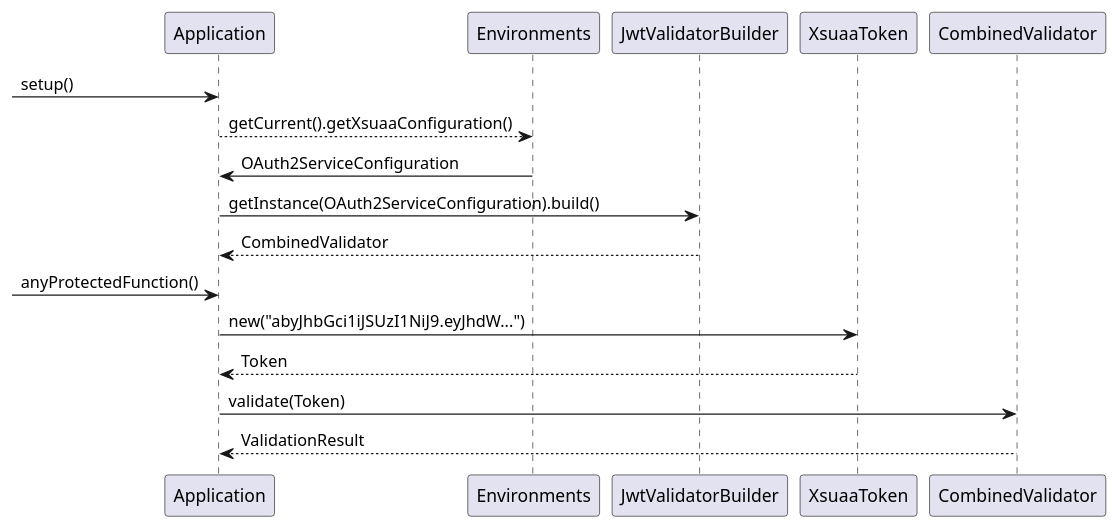
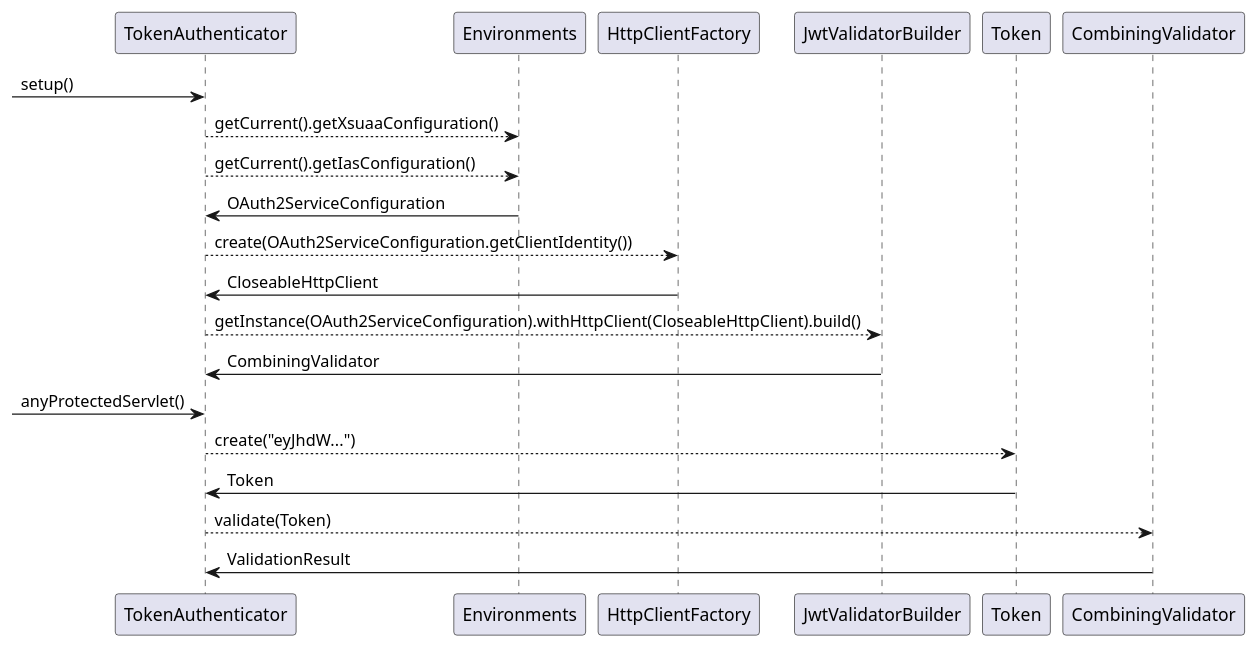
The diagram in java-security/images/xsuaaApplication.puml (SAP/cloud-security-services-integration-library), drawn with PlantUML before and after one commit. The commit also changed 1 other file, not shown here.

```diff
--- a/java-security/images/xsuaaApplication.puml
+++ b/java-security/images/xsuaaApplication.puml
@@ -1,18 +1,22 @@
 @startuml
--> Application: setup()
-Application --> Environments: getCurrent().getXsuaaConfiguration()
+-> TokenAuthenticator: setup()
+ TokenAuthenticator --> Environments: getCurrent().getXsuaaConfiguration()
+ TokenAuthenticator --> Environments: getCurrent().getIasConfiguration()
 
-Environments -> Application: OAuth2ServiceConfiguration
+Environments -> TokenAuthenticator: OAuth2ServiceConfiguration
 
-Application -> JwtValidatorBuilder: getInstance(OAuth2ServiceConfiguration).build()
-JwtValidatorBuilder --> Application: CombinedValidator
+TokenAuthenticator --> HttpClientFactory: create(OAuth2ServiceConfiguration.getClientIdentity())
+HttpClientFactory -> TokenAuthenticator: CloseableHttpClient
 
--> Application: anyProtectedFunction()
+TokenAuthenticator --> JwtValidatorBuilder: getInstance(OAuth2ServiceConfiguration).withHttpClient(CloseableHttpClient).build()
+JwtValidatorBuilder -> TokenAuthenticator: CombiningValidator
+
+-> TokenAuthenticator: anyProtectedServlet()
 
 
-Application -> XsuaaToken: new("abyJhbGci1iJSUzI1NiJ9.eyJhdW...")
-XsuaaToken --> Application: Token
+TokenAuthenticator --> Token: create("eyJhdW...")
+Token -> TokenAuthenticator: Token
 
-Application -> CombinedValidator: validate(Token)
-CombinedValidator --> Application: ValidationResult
+TokenAuthenticator --> CombiningValidator: validate(Token)
+CombiningValidator -> TokenAuthenticator: ValidationResult
 @enduml
```
